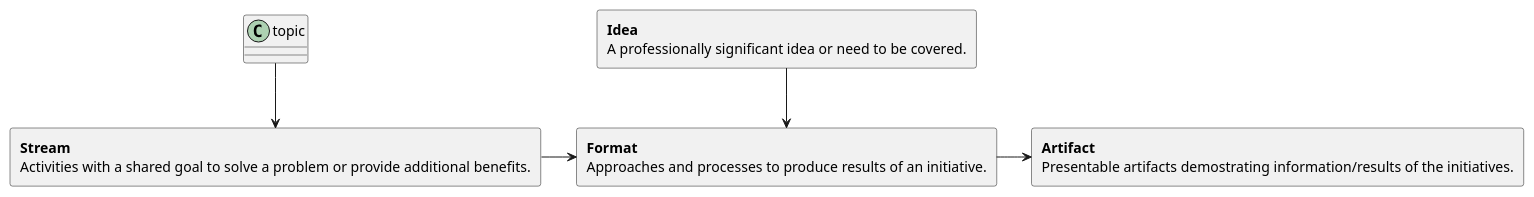
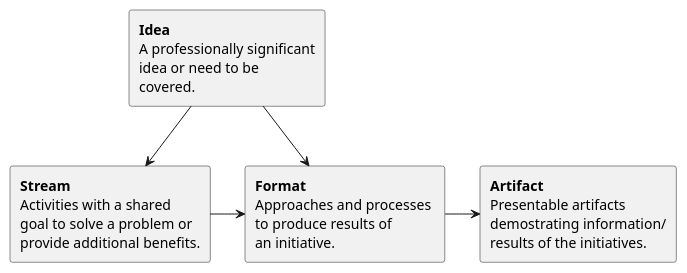
Before and after one commit to Idea-Pool/topics: the diagram in docs/uml/value_stream.puml, drawn with PlantUML. The commit also changed 5 other files, not shown here.

```diff
--- a/docs/uml/value_stream.puml
+++ b/docs/uml/value_stream.puml
@@ -1,23 +1,31 @@
 @startuml Idea Pool Value Stream
 rectangle idea [
 <b>Idea</b>
-A professionally significant idea or need to be covered.
+A professionally significant
+idea or need to be 
+covered.
 ]
 rectangle stream [
 <b>Stream</b>
-Activities with a shared goal to solve a problem or provide additional benefits.
+Activities with a shared
+goal to solve a problem or
+provide additional benefits.
 ]
 rectangle format [
 <b>Format</b>
-Approaches and processes to produce results of an initiative.
+Approaches and processes 
+to produce results of 
+an initiative.
 ]
 rectangle artifact [
 <b>Artifact</b>
-Presentable artifacts demostrating information/results of the initiatives.
+Presentable artifacts 
+demostrating information/
+results of the initiatives.
 ]
 
 idea -down-> format
 stream -right-> format
 format -right-> artifact
-topic -down-> stream
+idea -down-> stream
 @enduml
```
